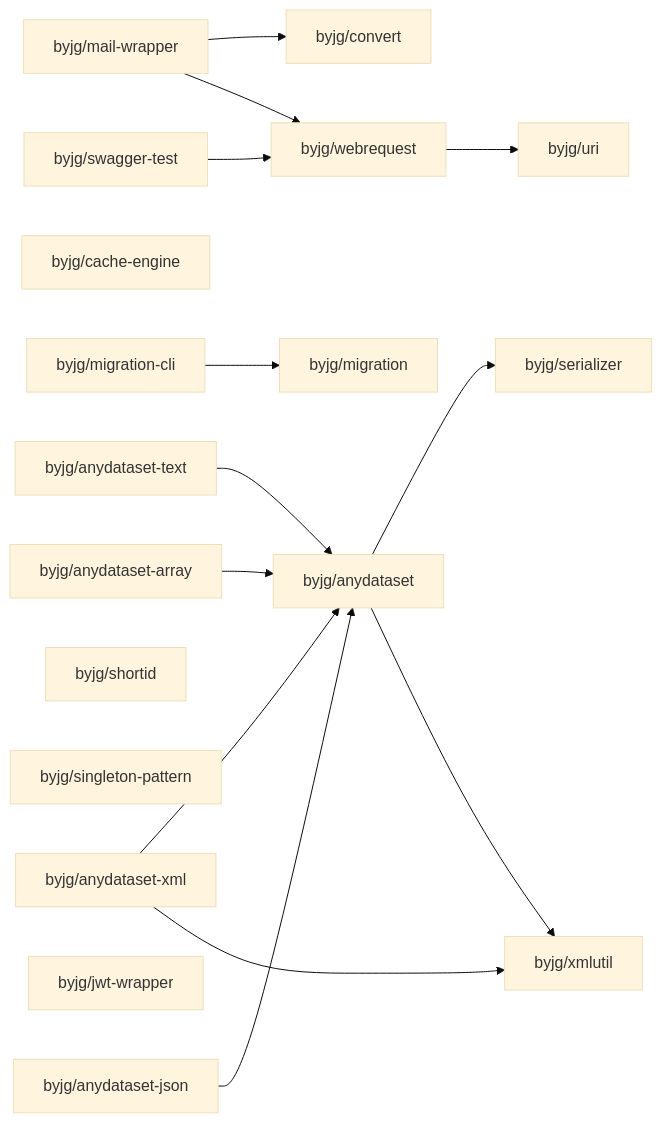
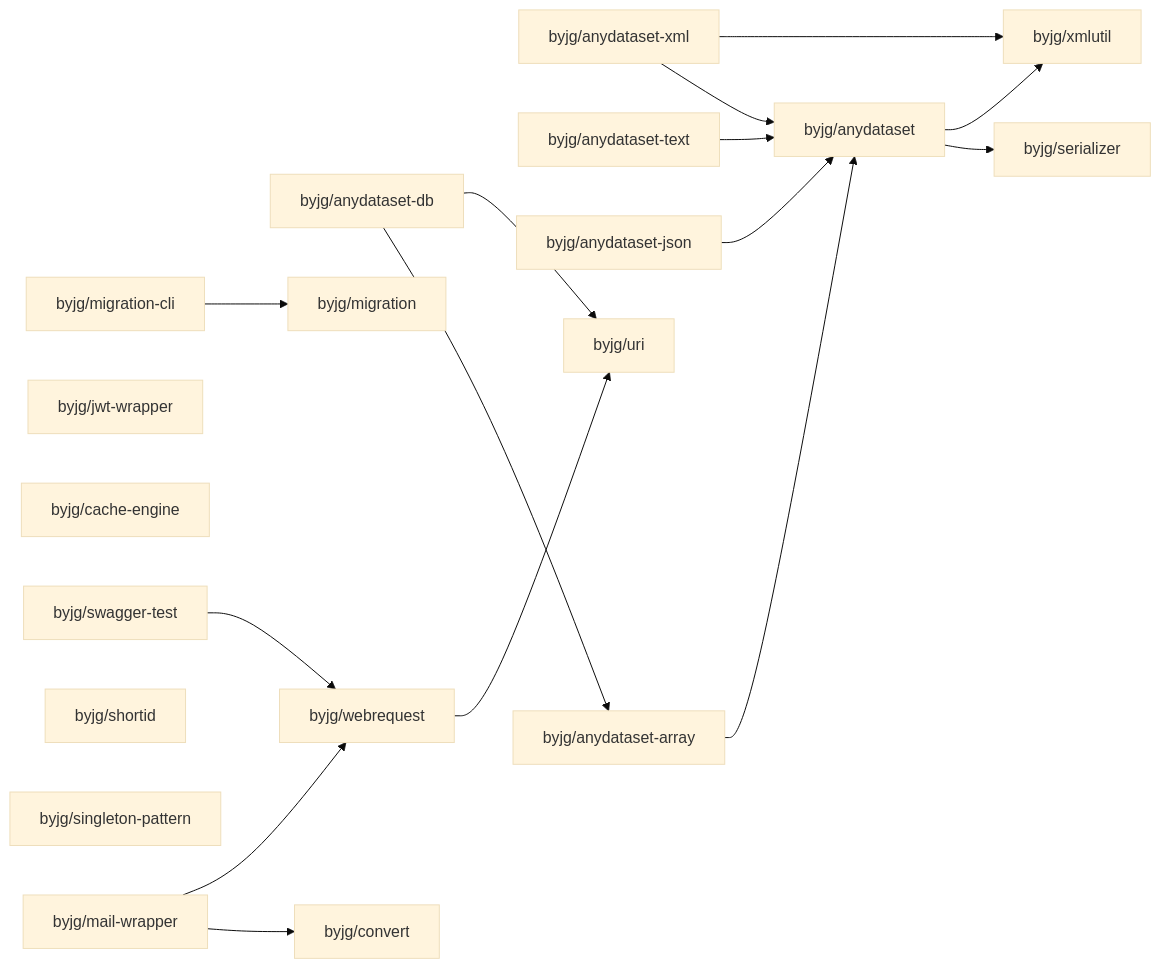
Before and after one commit to byjg/byjg.github.io: the diagram in php/README.md, drawn with Mermaid (base theme). The commit also changed 14 other files, not shown here.

````diff
--- a/php/README.md
+++ b/php/README.md
@@ -3,33 +3,36 @@
 ```mermaid
 graph LR;
+  byjg/migration-cli;
+  byjg/anydataset-xml;
+  byjg/jwt-wrapper;
+  byjg/cache-engine;
+  byjg/anydataset-text;
+  byjg/anydataset-db;
   byjg/mail-wrapper;
-  byjg/anydataset-xml;
-  byjg/cache-engine;
+  byjg/shortid;
+  byjg/anydataset-json;
+  byjg/singleton-pattern;
+  byjg/swagger-test;
+  byjg/migration;
   byjg/anydataset-array;
-  byjg/anydataset-text;
-  byjg/swagger-test;
-  byjg/shortid;
-  byjg/singleton-pattern;
-  byjg/migration-cli;
-  byjg/jwt-wrapper;
-  byjg/anydataset-json;
   byjg/convert;
   byjg/webrequest;
-  byjg/migration;
   byjg/anydataset;
   byjg/uri;
   byjg/serializer;
   byjg/xmlutil;
   byjg/anydataset-text --> byjg/anydataset;
   byjg/webrequest --> byjg/uri;
   byjg/anydataset-xml --> byjg/anydataset;
   byjg/anydataset-xml --> byjg/xmlutil;
   byjg/anydataset-array --> byjg/anydataset;
   byjg/mail-wrapper --> byjg/convert;
   byjg/mail-wrapper --> byjg/webrequest;
+  byjg/anydataset-db --> byjg/anydataset-array;
+  byjg/anydataset-db --> byjg/uri;
   byjg/anydataset-json --> byjg/anydataset;
   byjg/swagger-test --> byjg/webrequest;
   byjg/migration-cli --> byjg/migration;
   byjg/anydataset --> byjg/serializer;
   byjg/anydataset --> byjg/xmlutil;
 ```
````
